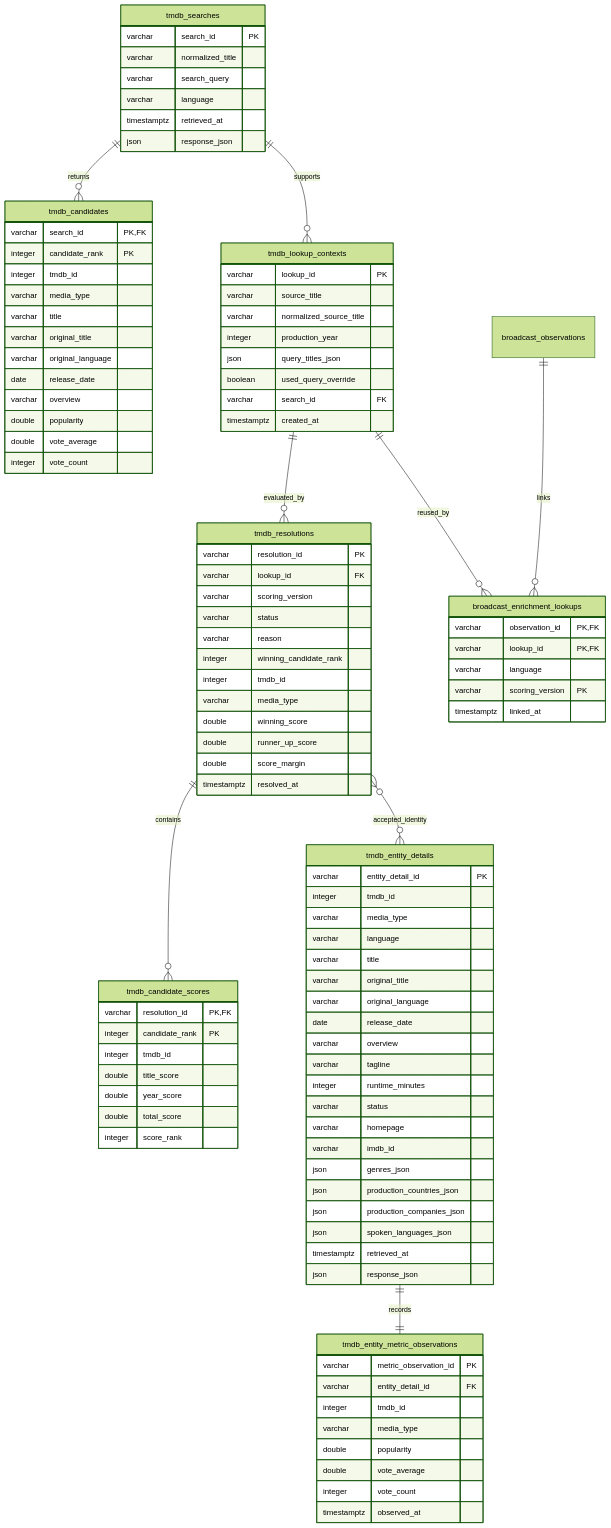
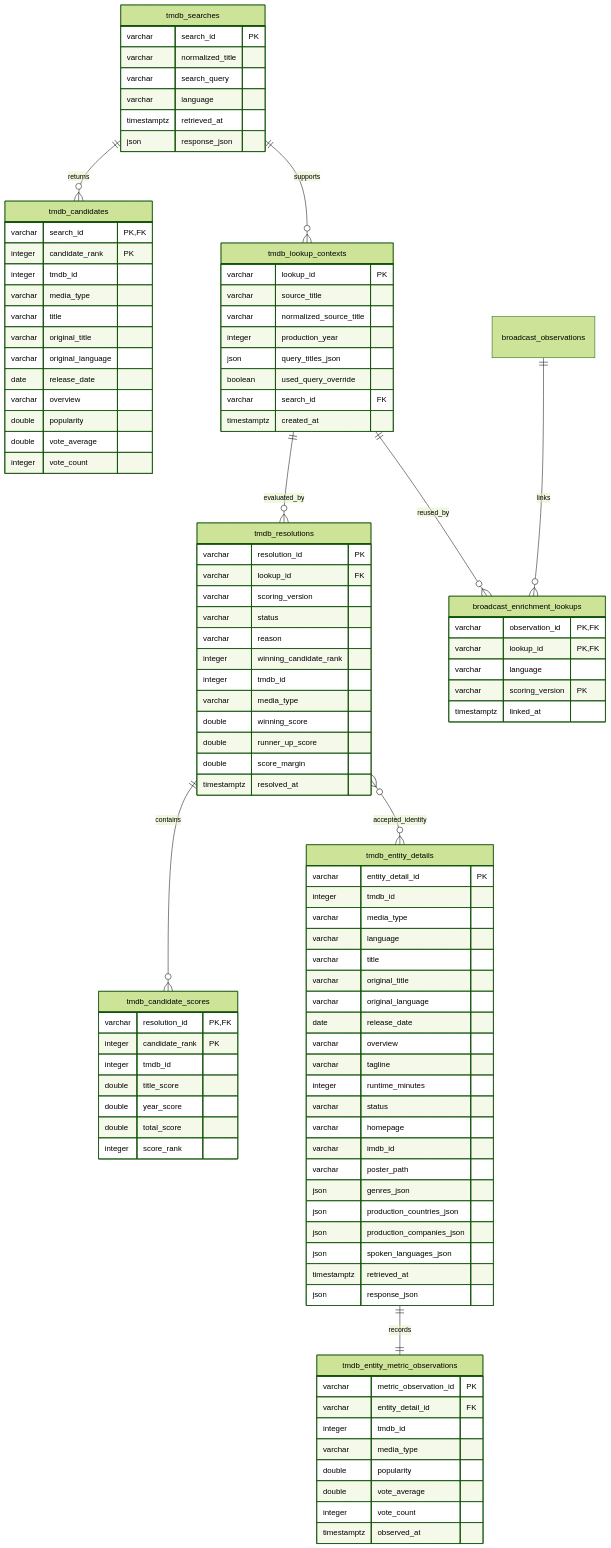
One commit to apantaz/greek-tv-highlights-radar changed the fourth of 7 diagrams in docs/data-model.md. Above: the diagram before and after it, drawn with Mermaid (forest theme). The commit also changed 24 other files, not shown here.

```diff
--- a/docs/data-model.md
+++ b/docs/data-model.md
@@ -167,6 +167,7 @@
         varchar status
         varchar homepage
         varchar imdb_id
+        varchar poster_path
         json genres_json
         json production_countries_json
         json production_companies_json
```
